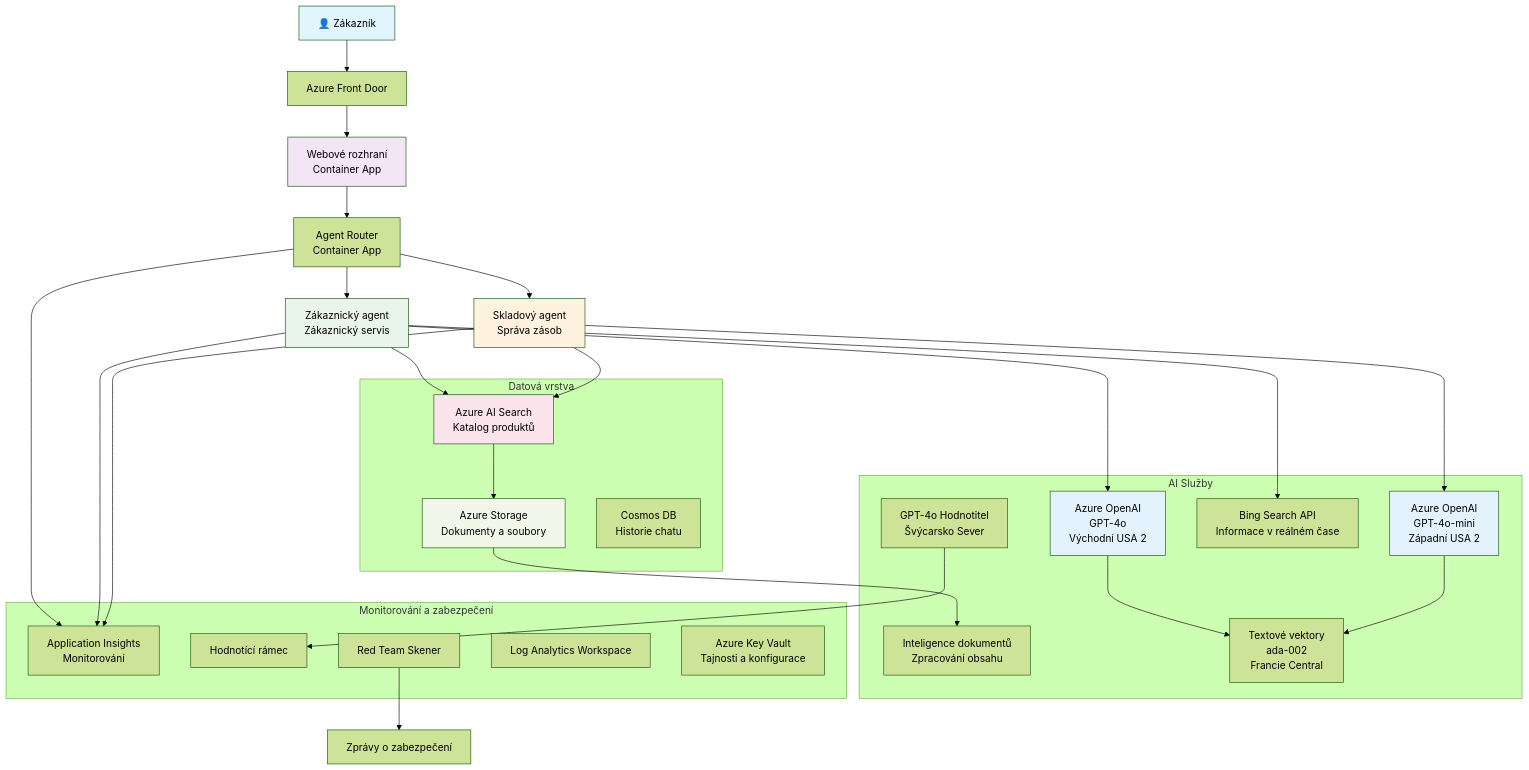
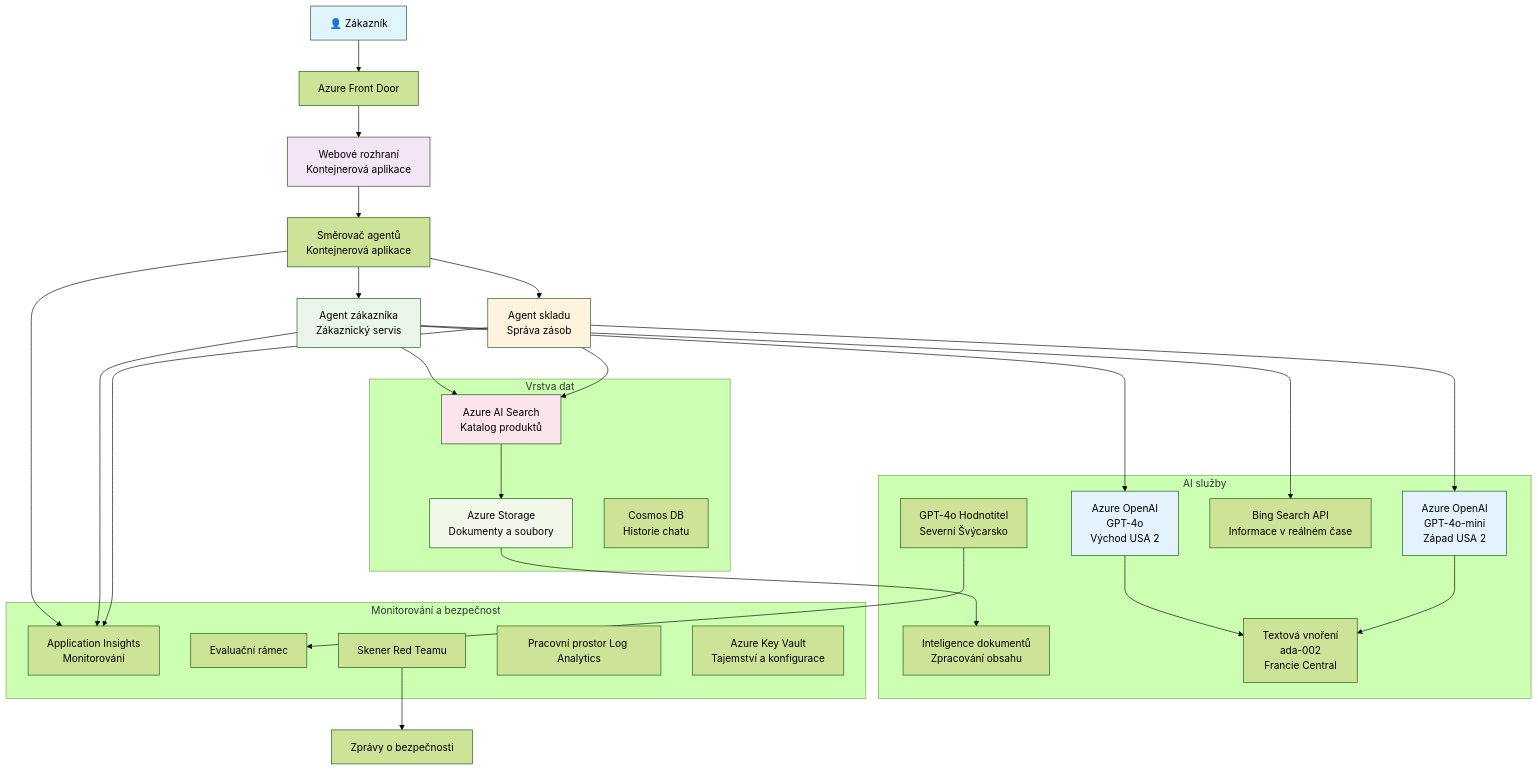
Before and after one commit to microsoft/AZD-for-beginners: the diagram in translations/cs/examples/retail-scenario.md, drawn with Mermaid (forest theme). The commit also changed other lines of this file and 243 other files, not shown here.

````diff
--- a/translations/cs/examples/retail-scenario.md
+++ b/translations/cs/examples/retail-scenario.md
@@ -148,61 +139,61 @@
 ```mermaid
 graph TB
     User[👤 Zákazník] --> LB[Azure Front Door]
-    LB --> WebApp[Webové rozhraní<br/>Container App]
+    LB --> WebApp[Webové rozhraní<br/>Kontejnerová aplikace]
     
-    WebApp --> Router[Agent Router<br/>Container App]
-    Router --> CustomerAgent[Zákaznický agent<br/>Zákaznický servis]
-    Router --> InvAgent[Skladový agent<br/>Správa zásob]
+    WebApp --> Router[Směrovač agentů<br/>Kontejnerová aplikace]
+    Router --> CustomerAgent[Agent zákazníka<br/>Zákaznický servis]
+    Router --> InvAgent[Agent skladu<br/>Správa zásob]
     
-    CustomerAgent --> OpenAI1[Azure OpenAI<br/>GPT-4o<br/>Východní USA 2]
-    InvAgent --> OpenAI2[Azure OpenAI<br/>GPT-4o-mini<br/>Západní USA 2]
+    CustomerAgent --> OpenAI1[Azure OpenAI<br/>GPT-4o<br/>Východ USA 2]
+    InvAgent --> OpenAI2[Azure OpenAI<br/>GPT-4o-mini<br/>Západ USA 2]
     
     CustomerAgent --> AISearch[Azure AI Search<br/>Katalog produktů]
     CustomerAgent --> BingSearch[Bing Search API<br/>Informace v reálném čase]
     InvAgent --> AISearch
     
     AISearch --> Storage[Azure Storage<br/>Dokumenty a soubory]
     Storage --> DocIntel[Inteligence dokumentů<br/>Zpracování obsahu]
     
-    OpenAI1 --> Embeddings[Textové vektory<br/>ada-002<br/>Francie Central]
+    OpenAI1 --> Embeddings[Textová vnoření<br/>ada-002<br/>Francie Central]
     OpenAI2 --> Embeddings
     
     Router --> AppInsights[Application Insights<br/>Monitorování]
     CustomerAgent --> AppInsights
     InvAgent --> AppInsights
     
-    GraderModel[GPT-4o Hodnotitel<br/>Švýcarsko Sever] --> Evaluation[Hodnotící rámec]
-    RedTeam[Red Team Skener] --> SecurityReports[Zprávy o zabezpečení]
+    GraderModel[GPT-4o Hodnotitel<br/>Severní Švýcarsko] --> Evaluation[Evaluační rámec]
+    RedTeam[Skener Red Teamu] --> SecurityReports[Zprávy o bezpečnosti]
     
-    subgraph "Datová vrstva"
+    subgraph "Vrstva dat"
         Storage
         AISearch
         CosmosDB[Cosmos DB<br/>Historie chatu]
     end
     
-    subgraph "AI Služby"
+    subgraph "AI služby"
         OpenAI1
         OpenAI2
         Embeddings
         GraderModel
         DocIntel
         BingSearch
     end
     
-    subgraph "Monitorování a zabezpečení"
+    subgraph "Monitorování a bezpečnost"
         AppInsights
-        LogAnalytics[Log Analytics Workspace]
-        KeyVault[Azure Key Vault<br/>Tajnosti a konfigurace]
+        LogAnalytics[Pracovní prostor Log Analytics]
+        KeyVault[Azure Key Vault<br/>Tajemství a konfigurace]
         RedTeam
         Evaluation
     end
     
     style User fill:#e1f5fe
     style WebApp fill:#f3e5f5
     style CustomerAgent fill:#e8f5e8
     style InvAgent fill:#fff3e0
     style OpenAI1 fill:#e3f2fd
     style OpenAI2 fill:#e3f2fd
     style AISearch fill:#fce4ec
     style Storage fill:#f1f8e9
 ```
````
